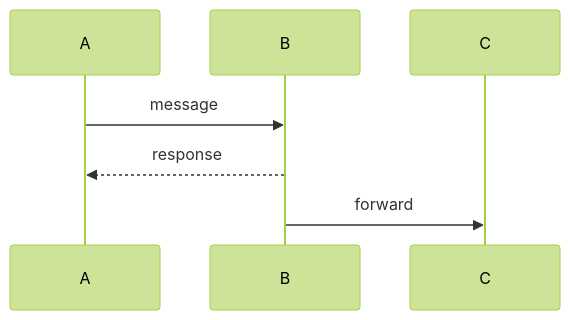
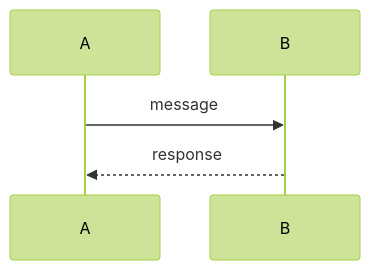
Before and after one commit to labsclaw/openclaw-skills: the diagram in ultra-plan-with-diagrams-skill/SKILL.md, drawn with Mermaid (forest theme). The commit also changed other lines of this file, not shown here.

First line of the commit message:
distill: ultra-plan-with-diagrams-skill — 346→217 lines (37% reduction)

````diff
--- a/ultra-plan-with-diagrams-skill/SKILL.md
+++ b/ultra-plan-with-diagrams-skill/SKILL.md
@@ -304,6 +146,5 @@
 ```mermaid
 sequenceDiagram
     A->>B: message
     B-->>A: response
-    B->>C: forward
 ```
````
